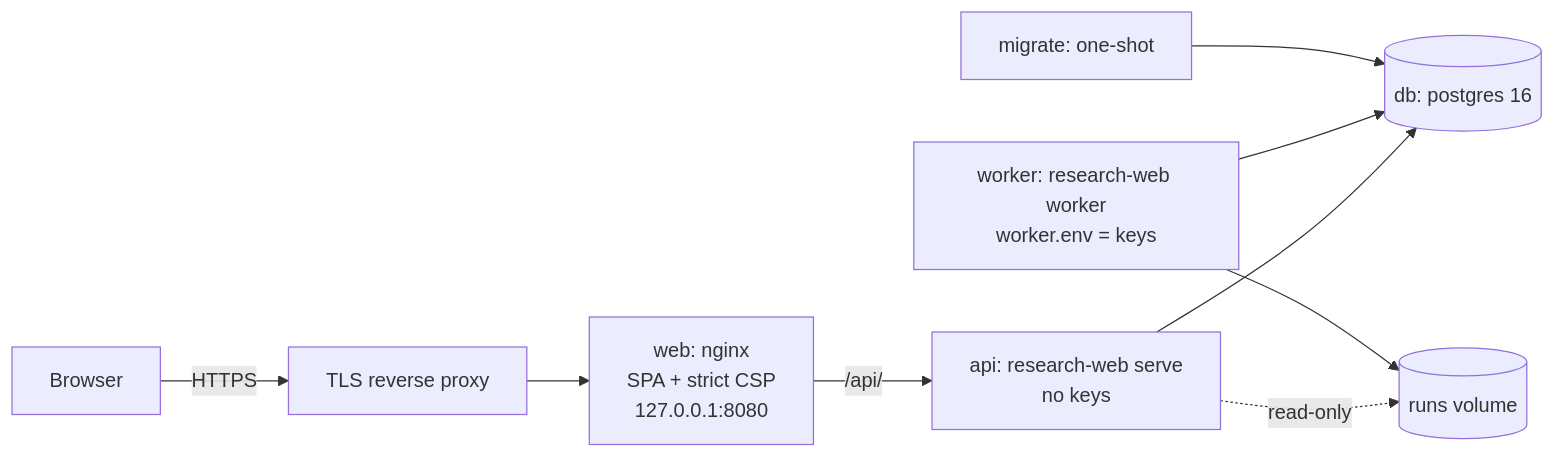
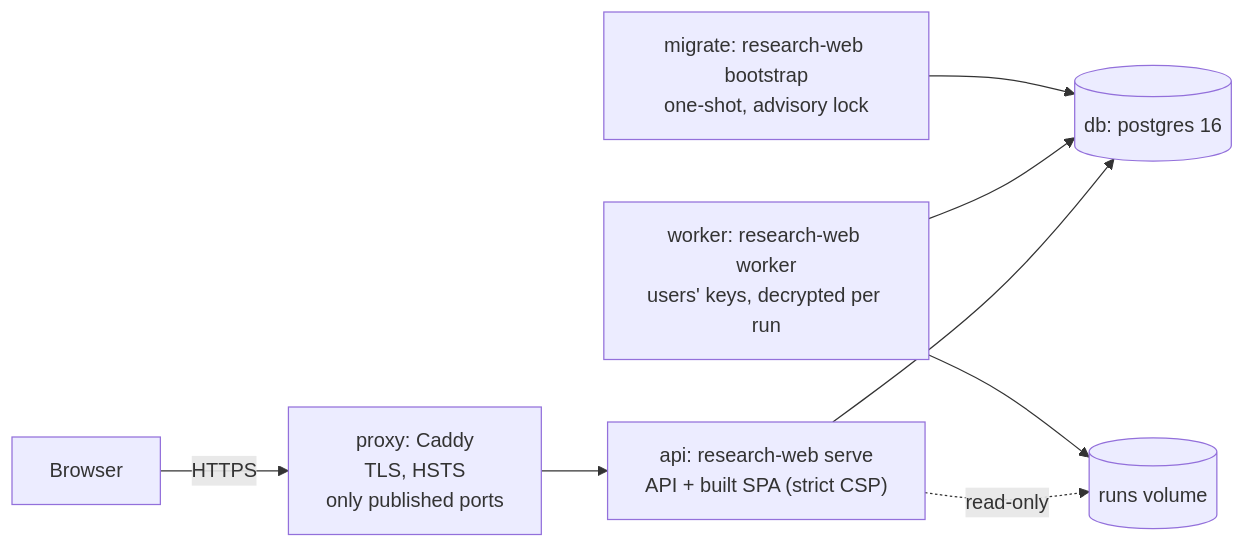
The tenth of 10 diagrams in docs/architecture.md (alexandruitu/research_agent), drawn with Mermaid before and after one commit. The commit also changed other lines of this file and 22 other files, not shown here.

First line of the commit message:
Docker deploy: one image, bootstrap on start, Caddy TLS (POC deploy spec 5)

````diff
--- a/docs/architecture.md
+++ b/docs/architecture.md
@@ -234,11 +234,10 @@
 ```mermaid
 flowchart LR
-  B[Browser] -- HTTPS --> RP[TLS reverse proxy]
-  RP --> WEB["web: nginx<br/>SPA + strict CSP<br/>127.0.0.1:8080"]
-  WEB -- /api/ --> API["api: research-web serve<br/>no keys"]
+  B[Browser] -- HTTPS --> RP["proxy: Caddy<br/>TLS, HSTS<br/>only published ports"]
+  RP --> API["api: research-web serve<br/>API + built SPA (strict CSP)"]
   API --> DB[(db: postgres 16)]
-  WK["worker: research-web worker<br/>worker.env = keys"] --> DB
-  MIG[migrate: one-shot] --> DB
+  WK["worker: research-web worker<br/>users' keys, decrypted per run"] --> DB
+  MIG["migrate: research-web bootstrap<br/>one-shot, advisory lock"] --> DB
   API -. read-only .-> V[(runs volume)]
   WK --> V
 ```
````
